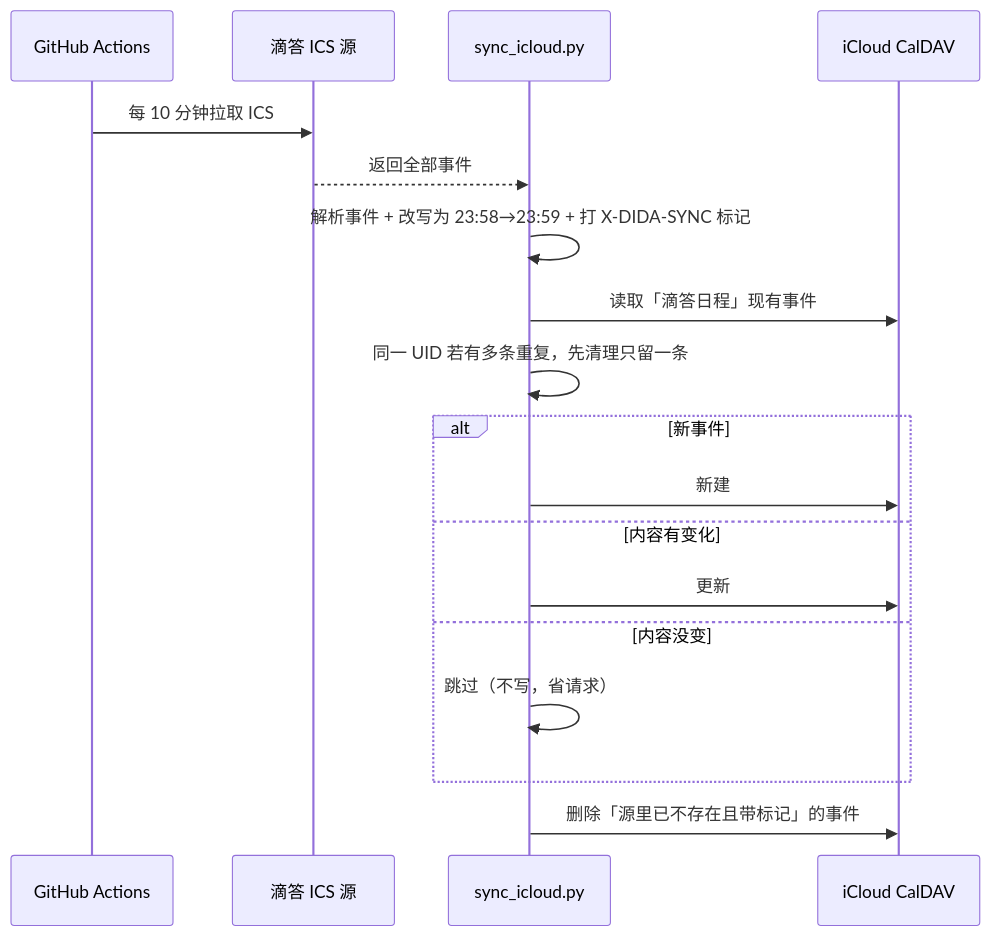
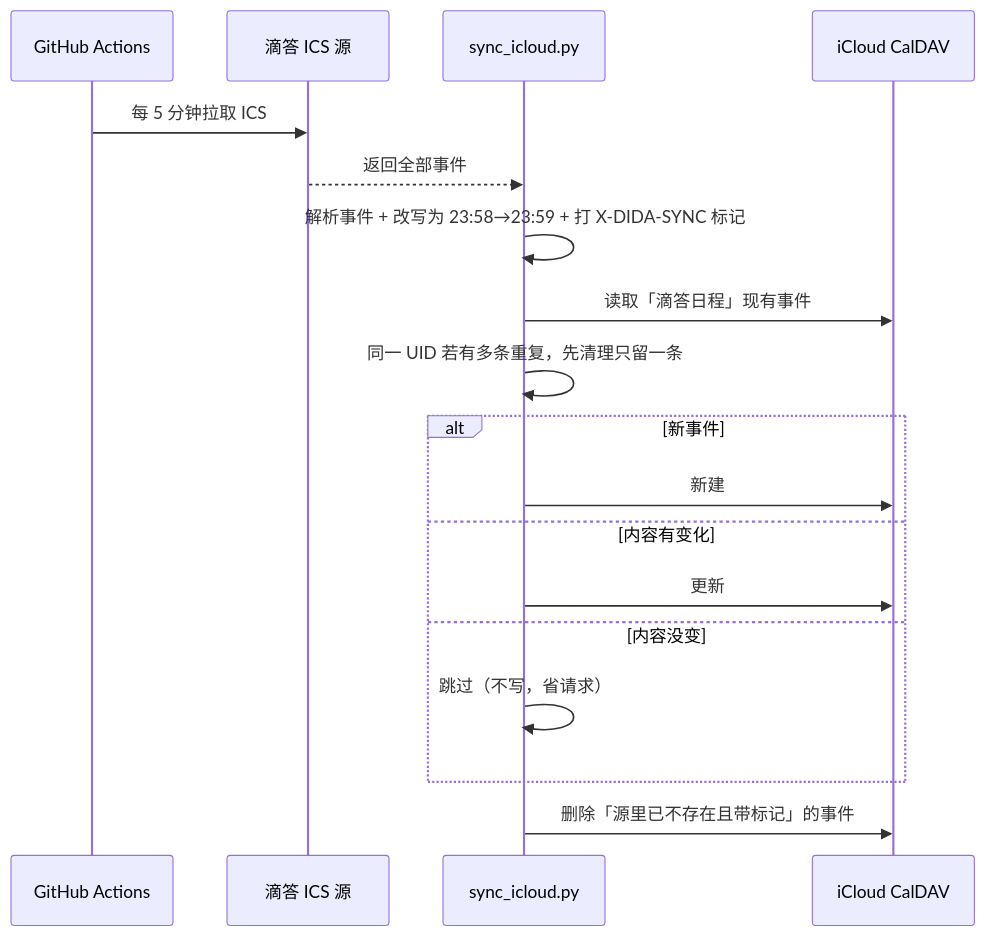
Before and after one commit to chenjiarui123/dida-ics-sync: the second of 2 diagrams in README.md, drawn with Mermaid. The commit also changed other lines of this file and 2 other files, not shown here.

````diff
--- a/README.md
+++ b/README.md
@@ -25,21 +25,21 @@
 ```mermaid
 sequenceDiagram
     participant GH as GitHub Actions
     participant Dida as 滴答 ICS 源
     participant S as sync_icloud.py
     participant IC as iCloud CalDAV
 
-    GH->>Dida: 每 10 分钟拉取 ICS
+    GH->>Dida: 每 5 分钟拉取 ICS
     Dida-->>S: 返回全部事件
     S->>S: 解析事件 + 改写为 23:58→23:59 + 打 X-DIDA-SYNC 标记
     S->>IC: 读取「滴答日程」现有事件
     S->>S: 同一 UID 若有多条重复，先清理只留一条
     alt 新事件
         S->>IC: 新建
     else 内容有变化
         S->>IC: 更新
     else 内容没变
         S->>S: 跳过（不写，省请求）
     end
     S->>IC: 删除「源里已不存在且带标记」的事件
 ```
````
